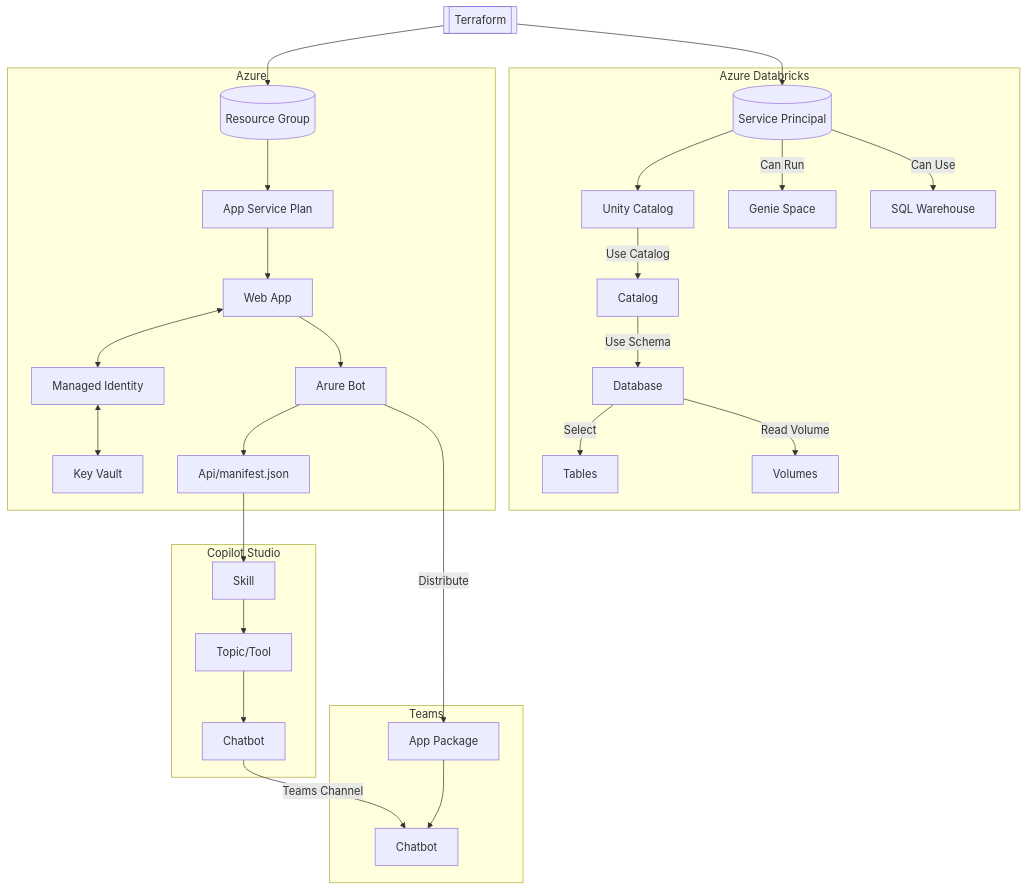
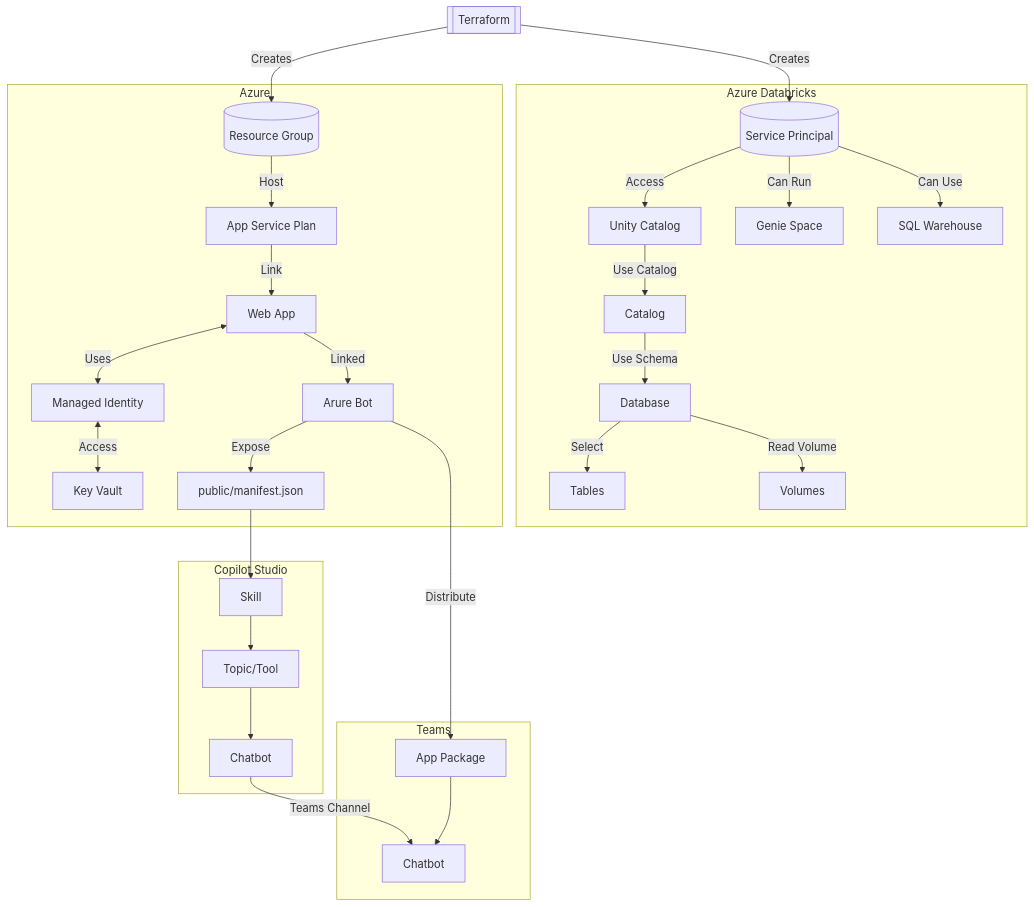
The second of 4 diagrams in README.md (ArnoldSouza/databricks-genie-teams-copilot-m365), drawn with Mermaid before and after one commit. The commit also changed other lines of this file and 10 other files, not shown here.

````diff
--- a/README.md
+++ b/README.md
@@ -56,60 +152,60 @@
 ```mermaid
 flowchart TB
   subgraph Azure
     RG[(Resource Group)]
     ASP[App Service Plan]
     MI[Managed Identity]
     BOT[Arure Bot]
-    MFS[Api/manifest.json]
+    MFS[public/manifest.json]
     KV[Key Vault]
     APP[Web App]
   end
 
   subgraph Databricks[Azure Databricks]
     DSP[(Service Principal)]
     UC[Unity Catalog]
     CT[Catalog]
     SC[Database]
     TB[Tables]
     VL[Volumes]
     SPC[Genie Space]
     WH[SQL Warehouse]
   end
 
   subgraph Teams
     APPK[App Package]
     CHAT[Chatbot]
   end
 
   subgraph Copilot[Copilot Studio]
     SKI[Skill]
     TOP[Topic/Tool]
     Chatt[Chatbot]
   end
 
-  IaC[[Terraform]] --> RG
-  RG --> ASP
-  ASP --> APP
-  BOT --> MFS
-  APP <--> MI <--> KV
-  APP --> BOT
+  IaC[[Terraform]] --> |Creates| RG
+  RG --> |Host| ASP
+  ASP --> |Link| APP
+  BOT --> |Expose| MFS
+  APP <--> |Uses| MI <--> |Access| KV
+  APP --> |Linked| BOT
 
-  IaC --> DSP
-  DSP --> UC
-  UC -->|Use Catalog| CT
+  IaC --> |Creates| DSP
+  DSP --> |Access| UC
+  UC --> |Use Catalog| CT
   CT --> |Use Schema |SC
   SC --> |Select |TB
   SC --> |Read Volume|VL
   DSP --> |Can Run| SPC
   DSP --> |Can Use| WH
 
   APPK --> CHAT
 
   MFS --> SKI
   SKI --> TOP
   TOP --> Chatt
   Chatt -->|Teams Channel| CHAT
 
   BOT -->|Distribute| APPK
 
   ```
````
